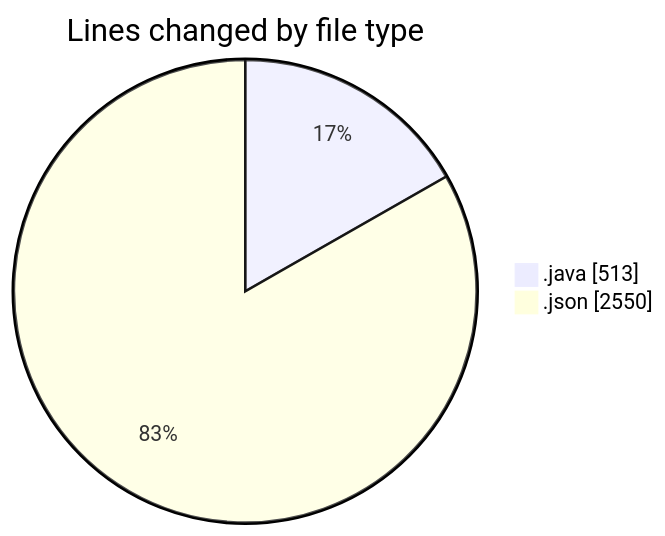
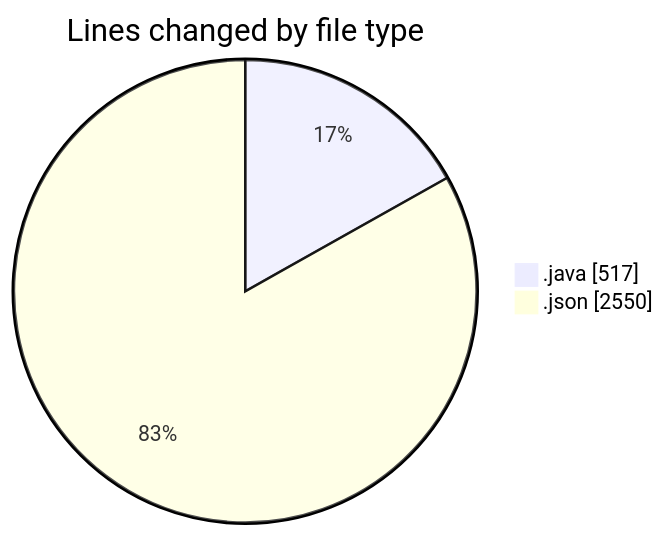
One commit to ricardozamudiocil/code-tracking changed the first of 2 diagrams in 2026-07-16/cilapp/README.md. Above: the diagram before and after it, drawn with Mermaid. The commit also changed other lines of this file and 1 other file, not shown here.

````diff
--- a/2026-07-16/cilapp/README.md
+++ b/2026-07-16/cilapp/README.md
@@ -22,6 +22,6 @@
 ```mermaid
 pie showData
 title Lines changed by file type
-".java" : 513
+".java" : 517
 ".json" : 2550
 ```
````
